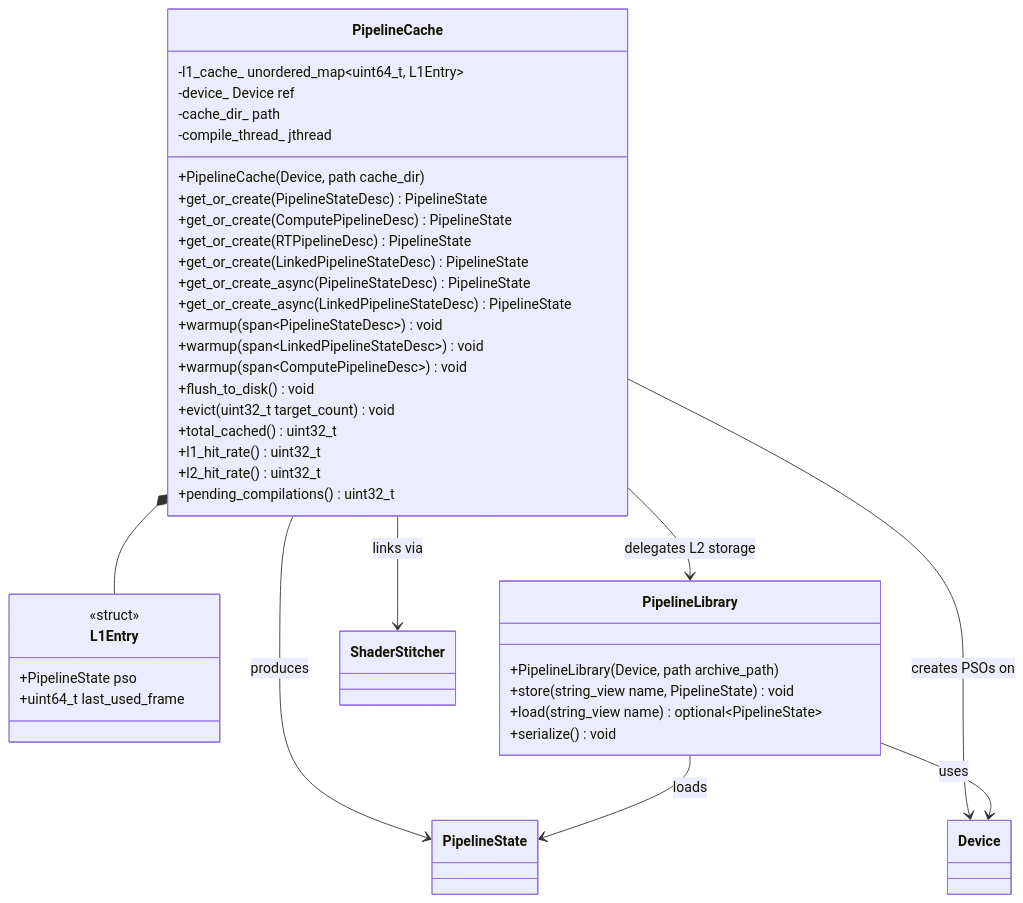
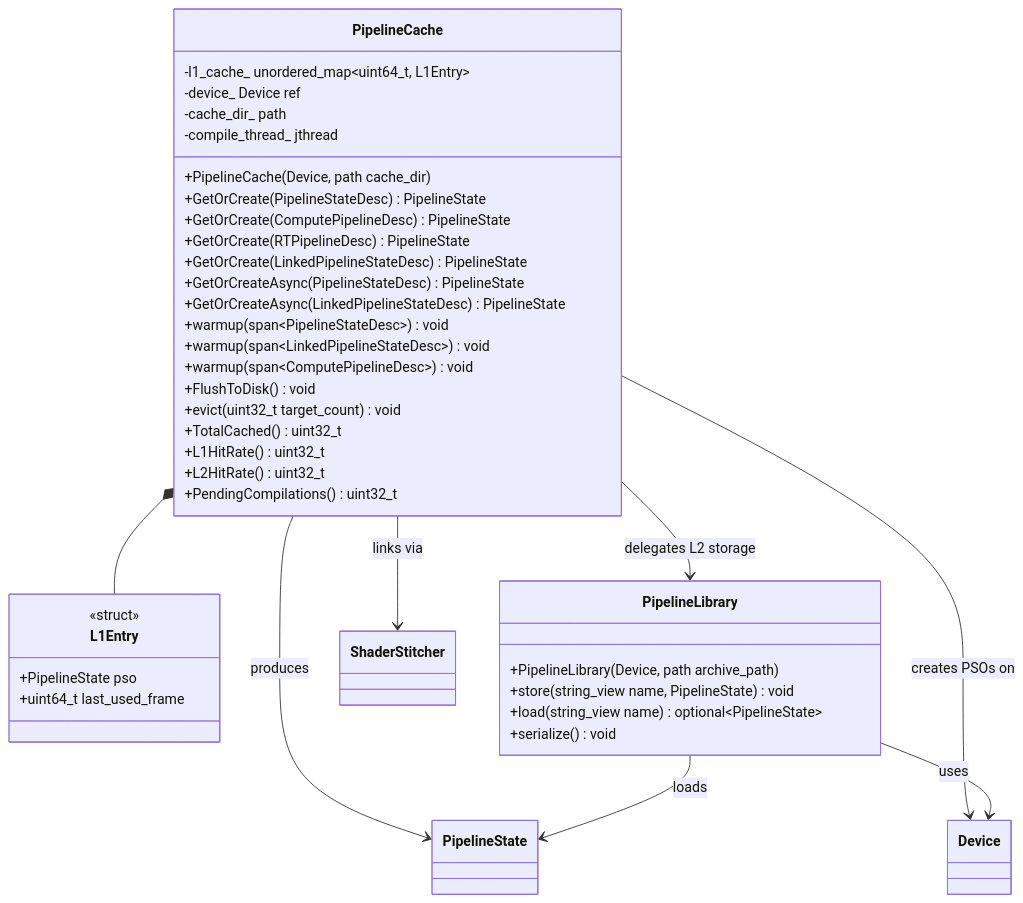
Before and after one commit to harmonius-dev/harmonius: the ninth of 16 diagrams in docs/design/shader-pipeline-classes.md, drawn with Mermaid. The commit also changed other lines of this file and 67 other files, not shown here.

````diff
--- a/docs/design/shader-pipeline-classes.md
+++ b/docs/design/shader-pipeline-classes.md
@@ -460,44 +460,44 @@
 ```mermaid
 classDiagram
     class PipelineCache {
         +PipelineCache(Device, path cache_dir)
-        +get_or_create(PipelineStateDesc) PipelineState
-        +get_or_create(ComputePipelineDesc) PipelineState
-        +get_or_create(RTPipelineDesc) PipelineState
-        +get_or_create(LinkedPipelineStateDesc) PipelineState
-        +get_or_create_async(PipelineStateDesc) PipelineState
-        +get_or_create_async(LinkedPipelineStateDesc) PipelineState
+        +GetOrCreate(PipelineStateDesc) PipelineState
+        +GetOrCreate(ComputePipelineDesc) PipelineState
+        +GetOrCreate(RTPipelineDesc) PipelineState
+        +GetOrCreate(LinkedPipelineStateDesc) PipelineState
+        +GetOrCreateAsync(PipelineStateDesc) PipelineState
+        +GetOrCreateAsync(LinkedPipelineStateDesc) PipelineState
         +warmup(span~PipelineStateDesc~) void
         +warmup(span~LinkedPipelineStateDesc~) void
         +warmup(span~ComputePipelineDesc~) void
-        +flush_to_disk() void
+        +FlushToDisk() void
         +evict(uint32_t target_count) void
-        +total_cached() uint32_t
-        +l1_hit_rate() uint32_t
-        +l2_hit_rate() uint32_t
-        +pending_compilations() uint32_t
+        +TotalCached() uint32_t
+        +L1HitRate() uint32_t
+        +L2HitRate() uint32_t
+        +PendingCompilations() uint32_t
         -l1_cache_ unordered_map~uint64_t, L1Entry~
         -device_ Device ref
         -cache_dir_ path
         -compile_thread_ jthread
     }
     class L1Entry {
         <<struct>>
         +PipelineState pso
         +uint64_t last_used_frame
     }
     class PipelineLibrary {
         +PipelineLibrary(Device, path archive_path)
         +store(string_view name, PipelineState) void
         +load(string_view name) optional~PipelineState~
         +serialize() void
     }
 
     PipelineCache *-- L1Entry
     PipelineCache --> PipelineLibrary : delegates L2 storage
     PipelineCache --> PipelineState : produces
     PipelineCache --> ShaderStitcher : links via
     PipelineCache --> Device : creates PSOs on
     PipelineLibrary --> PipelineState : loads
     PipelineLibrary --> Device : uses
 ```
````
